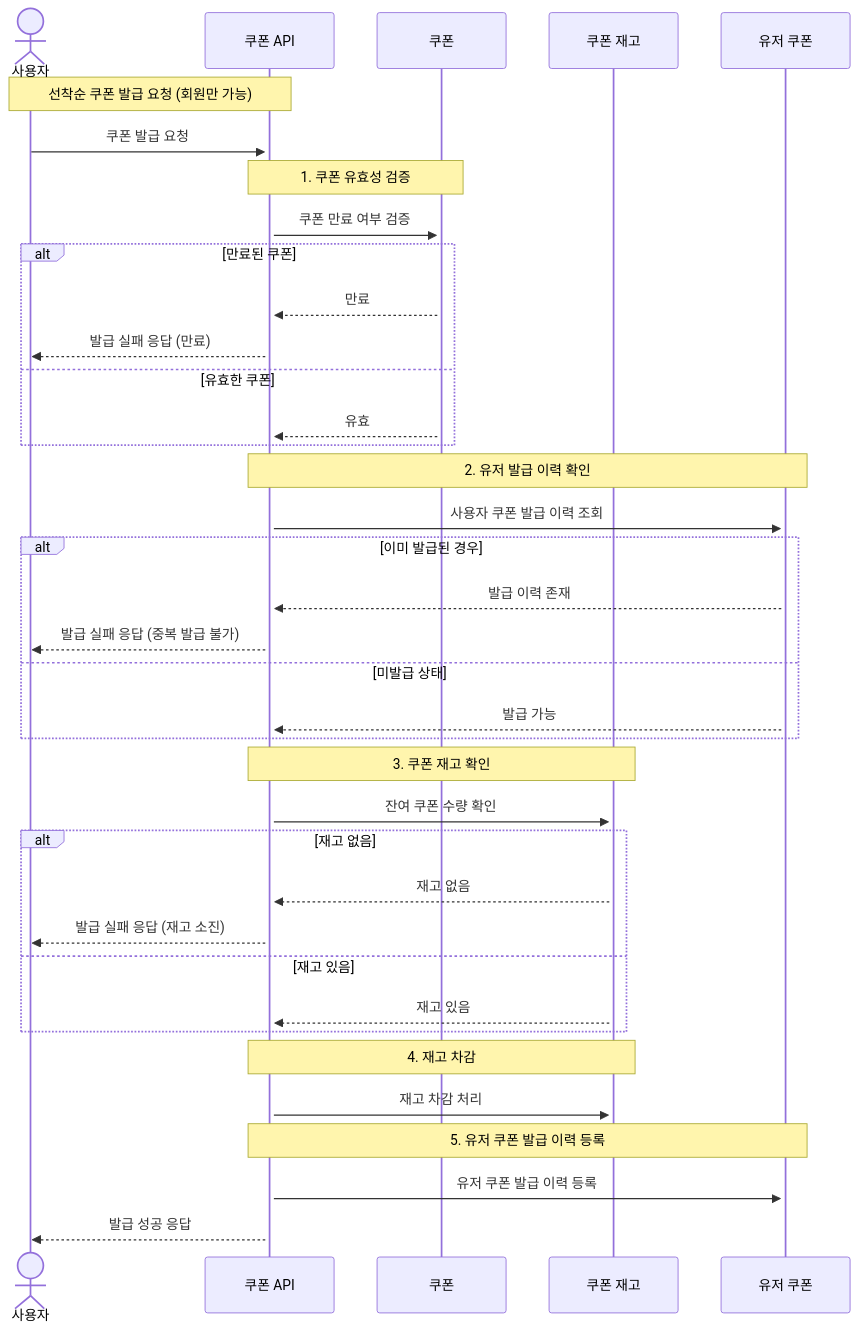
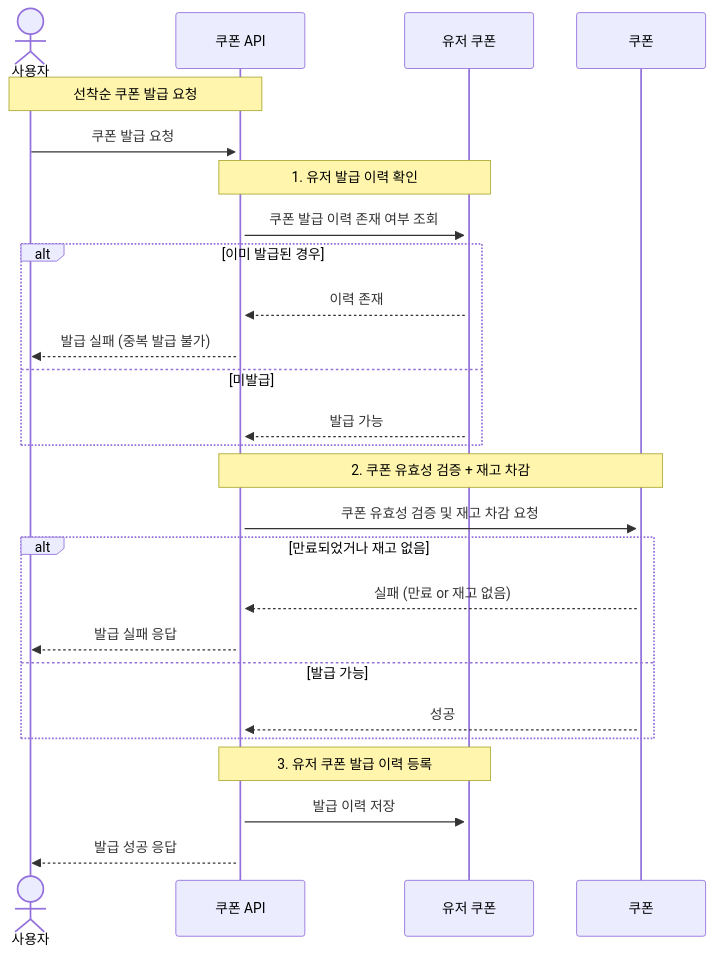
Before and after one commit to Scope0204/e-commerce: the first of 2 diagrams in docs/sequence/3.쿠폰_발급_조회.md, drawn with Mermaid. The commit also changed 1 other file, not shown here.

Commit message:
docs: Coupon 관련 ERD, Sequence Chart 수정
- Coupon Type에 따른 컬럼 세분화. 재고 관리를 Coupon 테이블에서 실시.
- CouponStock 테이블 제거

````diff
--- a/docs/sequence/3.쿠폰_발급_조회.md
+++ b/docs/sequence/3.쿠폰_발급_조회.md
@@ -22,46 +22,33 @@
 ```mermaid
 sequenceDiagram
     actor Client as 사용자
     participant CouponAPI as 쿠폰 API
+    participant UserCoupon as 유저 쿠폰
     participant Coupon as 쿠폰
-    participant CouponStock as 쿠폰 재고
-    participant UserCoupon as 유저 쿠폰
 
-    Note over Client,CouponAPI: 선착순 쿠폰 발급 요청 (회원만 가능)
+    Note over Client,CouponAPI: 선착순 쿠폰 발급 요청
     Client->>+CouponAPI: 쿠폰 발급 요청
 
-    Note over CouponAPI,Coupon: 1. 쿠폰 유효성 검증
-    CouponAPI->>+Coupon: 쿠폰 만료 여부 검증
-    alt 만료된 쿠폰
-        Coupon-->>CouponAPI: 만료
-        CouponAPI-->>Client: 발급 실패 응답 (만료)
-    else 유효한 쿠폰
-        Coupon-->>CouponAPI: 유효
-    end
-
-    Note over CouponAPI,UserCoupon: 2. 유저 발급 이력 확인
-    CouponAPI->>+UserCoupon: 사용자 쿠폰 발급 이력 조회
+    Note over CouponAPI,UserCoupon: 1. 유저 발급 이력 확인
+    CouponAPI->>+UserCoupon: 쿠폰 발급 이력 존재 여부 조회
     alt 이미 발급된 경우
-        UserCoupon-->>CouponAPI: 발급 이력 존재
-        CouponAPI-->>Client: 발급 실패 응답 (중복 발급 불가)
-    else 미발급 상태
+        UserCoupon-->>CouponAPI: 이력 존재
+        CouponAPI-->>Client: 발급 실패 (중복 발급 불가)
+    else 미발급
         UserCoupon-->>CouponAPI: 발급 가능
     end
 
-    Note over CouponAPI,CouponStock: 3. 쿠폰 재고 확인
-    CouponAPI->>+CouponStock: 잔여 쿠폰 수량 확인
-    alt 재고 없음
-        CouponStock-->>CouponAPI: 재고 없음
-        CouponAPI-->>Client: 발급 실패 응답 (재고 소진)
-    else 재고 있음
-        CouponStock-->>CouponAPI: 재고 있음
+    Note over CouponAPI,Coupon: 2. 쿠폰 유효성 검증 + 재고 차감
+    CouponAPI->>+Coupon: 쿠폰 유효성 검증 및 재고 차감 요청
+    alt 만료되었거나 재고 없음
+        Coupon-->>CouponAPI: 실패 (만료 or 재고 없음)
+        CouponAPI-->>Client: 발급 실패 응답
+    else 발급 가능
+        Coupon-->>CouponAPI: 성공
     end
 
-    Note over CouponAPI,CouponStock: 4. 재고 차감
-    CouponAPI->>+CouponStock: 재고 차감 처리
-
-    Note over CouponAPI,UserCoupon: 5. 유저 쿠폰 발급 이력 등록
-    CouponAPI->>+UserCoupon: 유저 쿠폰 발급 이력 등록
+    Note over CouponAPI,UserCoupon: 3. 유저 쿠폰 발급 이력 등록
+    CouponAPI->>+UserCoupon: 발급 이력 저장
 
     CouponAPI-->>Client: 발급 성공 응답
 ```
````
